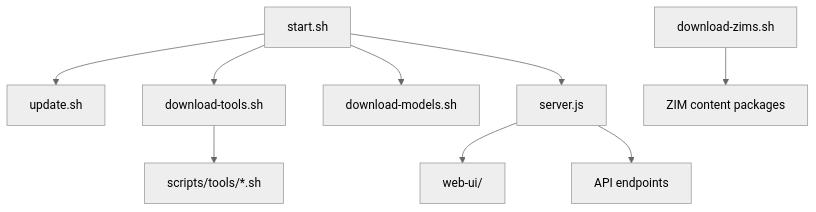
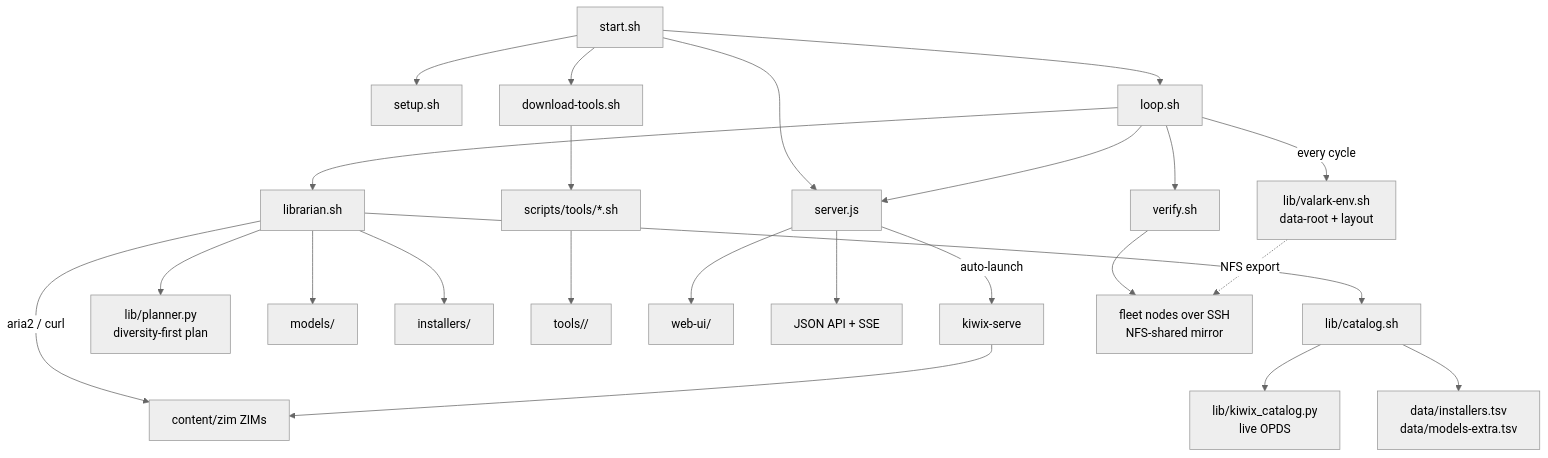
Before and after one commit to mvalancy/val-ark: the diagram in scripts/README.md, drawn with Mermaid (neutral theme). The commit also changed other lines of this file and 13 other files, not shown here.

````diff
--- a/scripts/README.md
+++ b/scripts/README.md
@@ -7,13 +9,32 @@
 ```mermaid
 flowchart TD
-    start[start.sh] --> update[update.sh]
+    start[start.sh] --> setup[setup.sh]
     start --> dt[download-tools.sh]
-    start --> dm[download-models.sh]
     start --> srv[server.js]
+    start --> loop[loop.sh]
+
+    loop -->|every cycle| env[lib/valark-env.sh<br/>data-root + layout]
+    loop --> lib[librarian.sh]
+    loop --> vfy[verify.sh]
+    loop --> srv
+
+    lib --> cat[lib/catalog.sh]
+    lib --> plan[lib/planner.py<br/>diversity-first plan]
+    cat --> kiwix[lib/kiwix_catalog.py<br/>live OPDS]
+    cat --> tsv[data/installers.tsv<br/>data/models-extra.tsv]
+
+    lib -->|aria2 / curl| zim[content/zim ZIMs]
+    lib --> models[models/]
+    lib --> inst[installers/]
 
     dt --> tools[scripts/tools/*.sh]
+    tools --> toolbins[tools/<platform>/]
+
     srv --> webui[web-ui/]
-    srv --> api[API endpoints]
+    srv --> api[JSON API + SSE]
+    srv -->|auto-launch| ks[kiwix-serve]
+    ks --> zim
 
-    dz[download-zims.sh] --> content[ZIM content packages]
+    vfy --> fleet[fleet nodes over SSH<br/>NFS-shared mirror]
+    env -.->|NFS export| fleet
 ```
````
